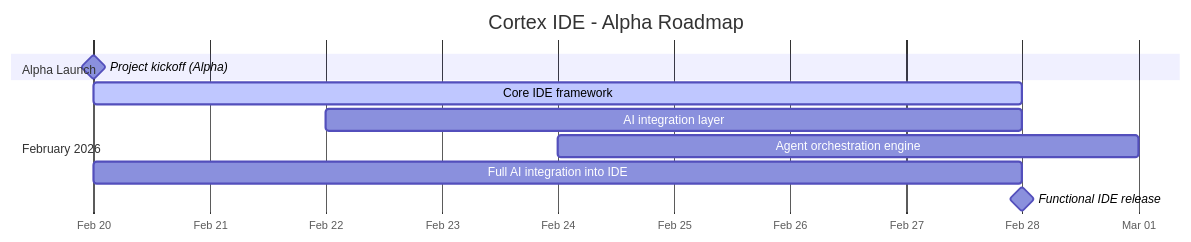
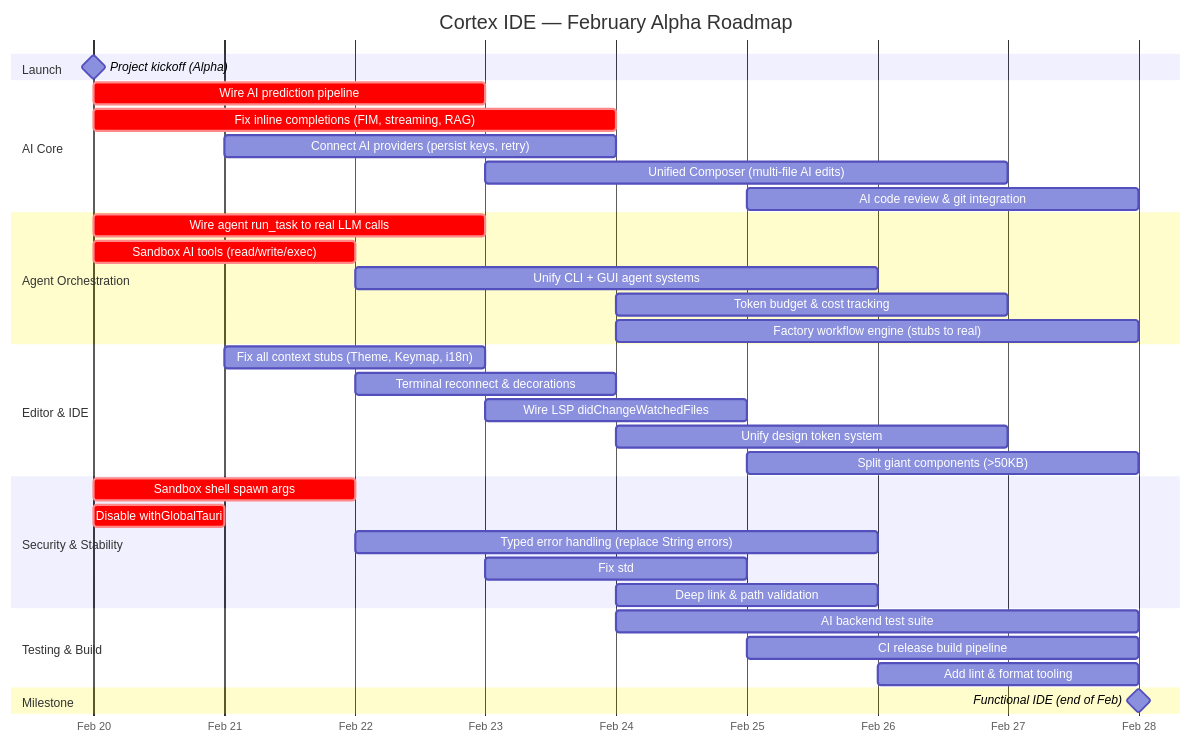
One commit to CortexLM/cortex-ide changed the diagram in README.md. Above: the diagram before and after it, drawn with Mermaid. The commit also changed other lines of this file, not shown here.

Commit message:
docs: expand roadmap with detailed February timeline and replace alpha notice with warning badge

````diff
--- a/README.md
+++ b/README.md
@@ -49,16 +60,45 @@
 ```mermaid
 gantt
-    title Cortex IDE - Alpha Roadmap
+    title Cortex IDE — February Alpha Roadmap
     dateFormat  YYYY-MM-DD
     axisFormat  %b %d
 
-    section Alpha Launch
-    Project kickoff (Alpha)           :milestone, m1, 2026-02-20, 0d
+    section Launch
+    Project kickoff (Alpha)                        :milestone, m1, 2026-02-20, 0d
 
-    section February 2026
-    Core IDE framework                :active, f1, 2026-02-20, 8d
-    AI integration layer              :f2, 2026-02-22, 6d
-    Agent orchestration engine        :f3, 2026-02-24, 5d
-    Full AI integration into IDE      :f4, 2026-02-20, 8d
-    Functional IDE release            :milestone, m2, 2026-02-28, 0d
+    section AI Core
+    Wire AI prediction pipeline                    :crit, ai1, 2026-02-20, 3d
+    Fix inline completions (FIM, streaming, RAG)   :crit, ai2, 2026-02-20, 4d
+    Connect AI providers (persist keys, retry)     :ai3, 2026-02-21, 3d
+    Unified Composer (multi-file AI edits)         :ai4, 2026-02-23, 4d
+    AI code review & git integration               :ai5, 2026-02-25, 3d
+
+    section Agent Orchestration
+    Wire agent run_task to real LLM calls          :crit, ag1, 2026-02-20, 3d
+    Sandbox AI tools (read/write/exec)             :crit, ag2, 2026-02-20, 2d
+    Unify CLI + GUI agent systems                  :ag3, 2026-02-22, 4d
+    Token budget & cost tracking                   :ag4, 2026-02-24, 3d
+    Factory workflow engine (stubs to real)         :ag5, 2026-02-24, 4d
+
+    section Editor & IDE
+    Fix all context stubs (Theme, Keymap, i18n)    :ed1, 2026-02-21, 2d
+    Terminal reconnect & decorations               :ed2, 2026-02-22, 2d
+    Wire LSP didChangeWatchedFiles                 :ed3, 2026-02-23, 2d
+    Unify design token system                      :ed4, 2026-02-24, 3d
+    Split giant components (>50KB)                 :ed5, 2026-02-25, 3d
+
+    section Security & Stability
+    Sandbox shell spawn args                       :crit, sec1, 2026-02-20, 2d
+    Disable withGlobalTauri                        :crit, sec2, 2026-02-20, 1d
+    Typed error handling (replace String errors)   :sec3, 2026-02-22, 4d
+    Fix std::sync::Mutex in async contexts         :sec4, 2026-02-23, 2d
+    Deep link & path validation                    :sec5, 2026-02-24, 2d
+
+    section Testing & Build
+    AI backend test suite                          :t1, 2026-02-24, 4d
+    CI release build pipeline                      :t2, 2026-02-25, 3d
+    Add lint & format tooling                      :t3, 2026-02-26, 2d
+
+    section Milestone
+    Functional IDE (end of Feb)                    :milestone, m2, 2026-02-28, 0d
 ```
````
